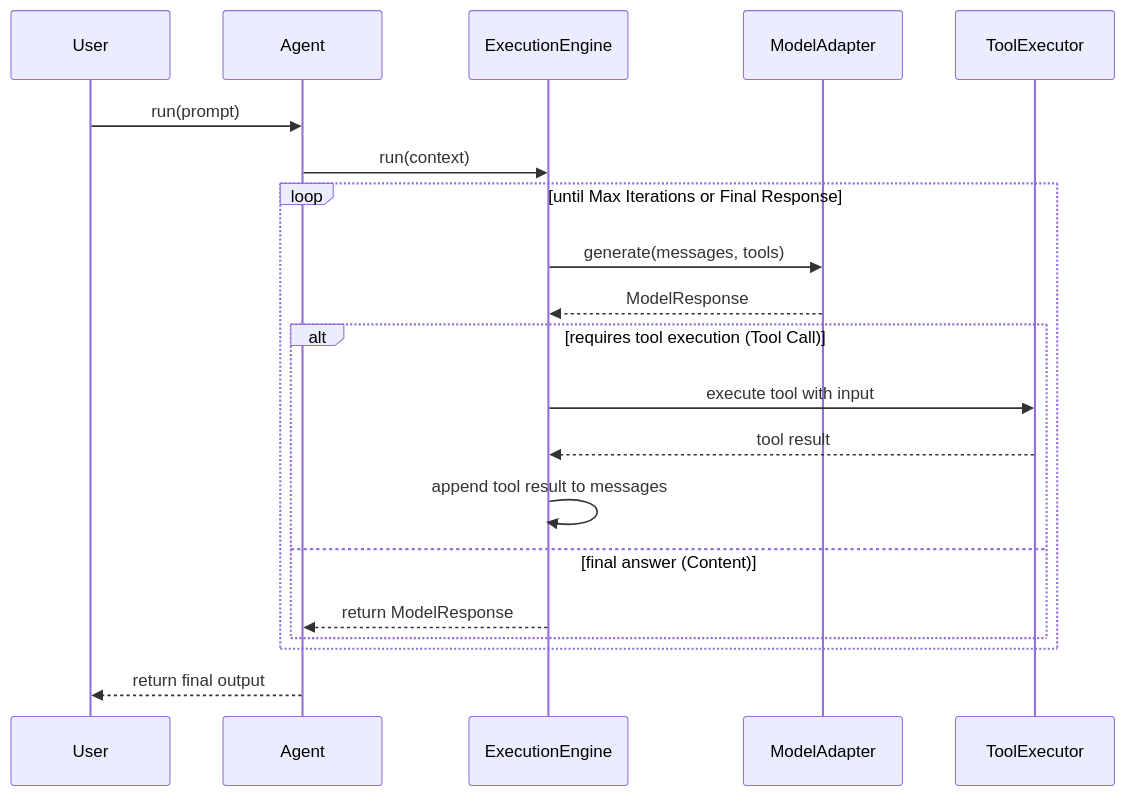
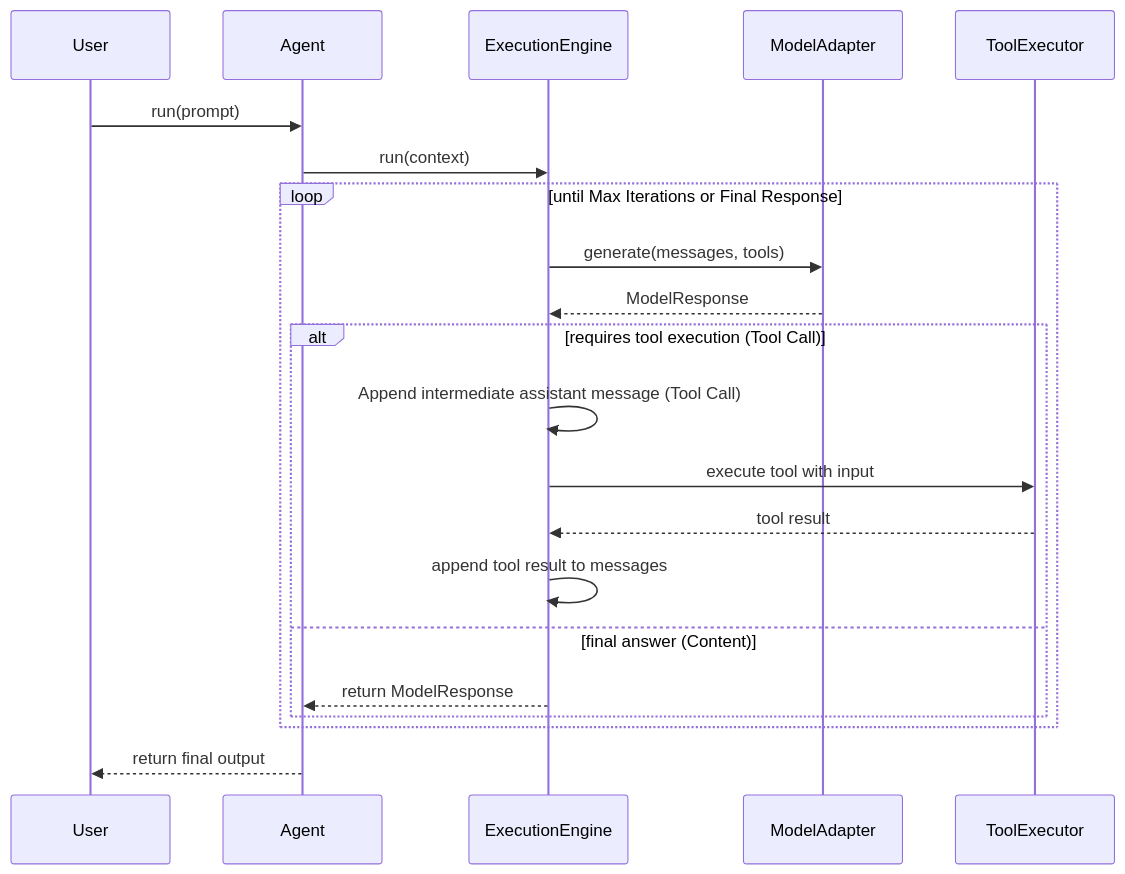
Before and after one commit to Vcky4/agent88: the diagram in docs/architecture.md, drawn with Mermaid. The commit also changed other lines of this file, not shown here.

Commit message:
docs: add initial architecture document outlining Agent88's core layers.

````diff
--- a/docs/architecture.md
+++ b/docs/architecture.md
@@ -31,25 +46,26 @@
 ```mermaid
 sequenceDiagram
     participant User
     participant Agent
     participant ExecutionEngine
     participant ModelAdapter
     participant ToolExecutor
     
     User->>Agent: run(prompt)
     Agent->>ExecutionEngine: run(context)
     
     loop until Max Iterations or Final Response
         ExecutionEngine->>ModelAdapter: generate(messages, tools)
         ModelAdapter-->>ExecutionEngine: ModelResponse
         
         alt requires tool execution (Tool Call)
+            ExecutionEngine->>ExecutionEngine: Append intermediate assistant message (Tool Call)
             ExecutionEngine->>ToolExecutor: execute tool with input
             ToolExecutor-->>ExecutionEngine: tool result
             ExecutionEngine->>ExecutionEngine: append tool result to messages
         else final answer (Content)
             ExecutionEngine-->>Agent: return ModelResponse
         end
     end
     Agent-->>User: return final output
 ```
````
